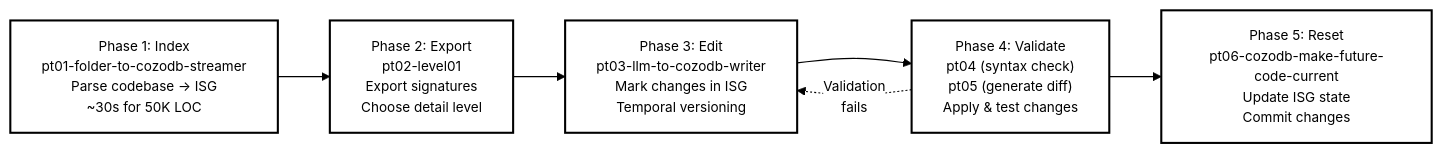
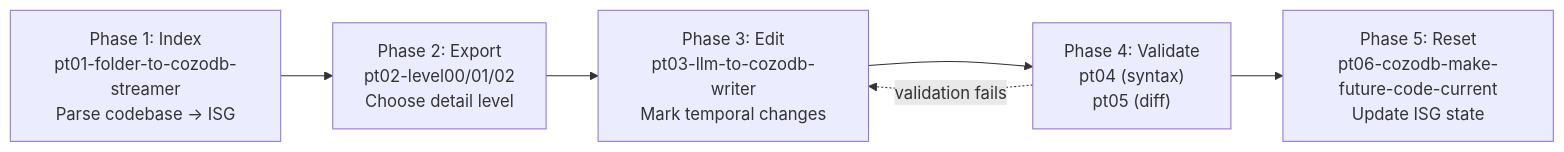
One commit to that-in-rust/parseltongue changed the second of 2 diagrams in .claude/.parseltongue/parseltongue-README.md. Above: the diagram before and after it, drawn with Mermaid. The commit also changed other lines of this file and 8 other files, not shown here.

````diff
--- a/.claude/.parseltongue/parseltongue-README.md
+++ b/.claude/.parseltongue/parseltongue-README.md
@@ -102,29 +61,14 @@
 ```mermaid
----
-config:
-  theme: base
-  themeVariables:
-    primaryColor: "#ffffff"
-    primaryTextColor: "#000000"
-    primaryBorderColor: "#000000"
-    lineColor: "#000000"
-    secondaryColor: "#ffffff"
-    background: "#ffffff"
-    fontSize: "13px"
----
-flowchart LR
-    P1["Phase 1: Index<br/>pt01-folder-to-cozodb-streamer<br/>Parse codebase → ISG<br/>~30s for 50K LOC"]
-    P2["Phase 2: Export<br/>pt02-level01<br/>Export signatures<br/>Choose detail level"]
-    P3["Phase 3: Edit<br/>pt03-llm-to-cozodb-writer<br/>Mark changes in ISG<br/>Temporal versioning"]
-    P4["Phase 4: Validate<br/>pt04 (syntax check)<br/>pt05 (generate diff)<br/>Apply & test changes"]
-    P5["Phase 5: Reset<br/>pt06-cozodb-make-future-code-current<br/>Update ISG state<br/>Commit changes"]
+graph LR
+    P1["Phase 1: Index<br/>pt01-folder-to-cozodb-streamer<br/>Parse codebase → ISG"]
+    P2["Phase 2: Export<br/>pt02-level00/01/02<br/>Choose detail level"]
+    P3["Phase 3: Edit<br/>pt03-llm-to-cozodb-writer<br/>Mark temporal changes"]
+    P4["Phase 4: Validate<br/>pt04 (syntax)<br/>pt05 (diff)"]
+    P5["Phase 5: Reset<br/>pt06-cozodb-make-future-code-current<br/>Update ISG state"]
 
     P1 --> P2
     P2 --> P3
     P3 --> P4
     P4 --> P5
-    P4 -.->|"Validation<br/>fails"| P3
-
-    classDef phaseStyle fill:#ffffff,stroke:#000000,stroke-width:2px,color:#000000
-    class P1,P2,P3,P4,P5 phaseStyle
+    P4 -.->|validation fails| P3
 ```
````
